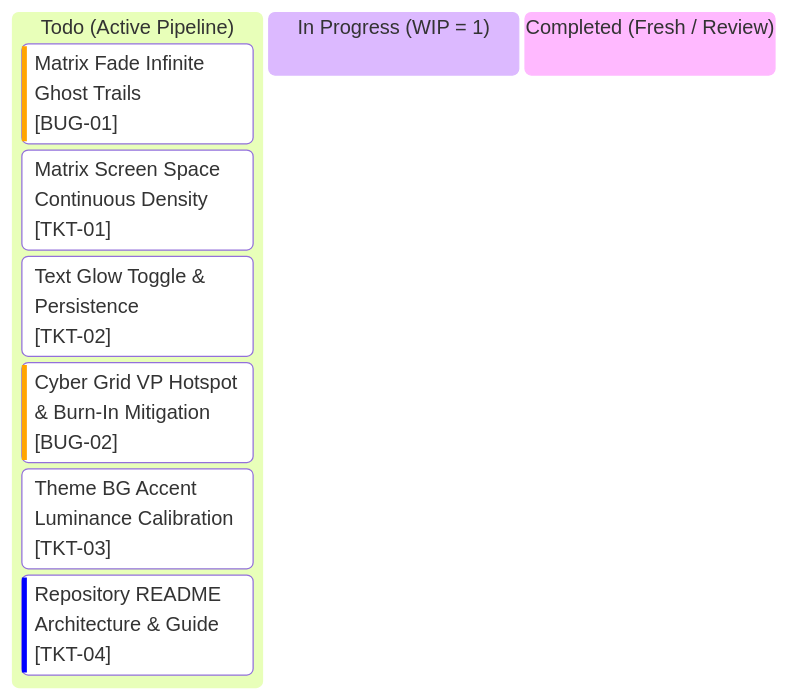
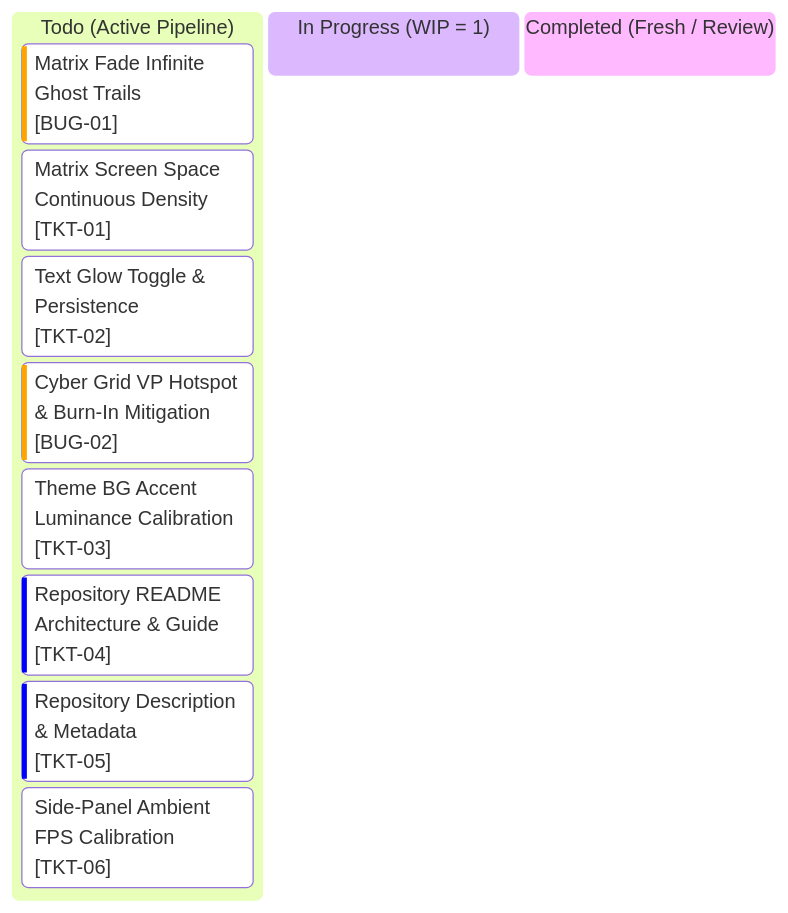
Before and after one commit to AlitheiaDeus/Clockity: the diagram in kanban.md, drawn with Mermaid. The commit also changed other lines of this file and 2 other files, not shown here.

Commit message:
chore(kanban): index TKT-05 repo description and TKT-06 fps calibration

````diff
--- a/kanban.md
+++ b/kanban.md
@@ -3,12 +3,14 @@
 ```mermaid
 kanban
   todo["Todo (Active Pipeline)"]
     bug01["Matrix Fade Infinite Ghost Trails"]@{ ticket: '[BUG-01]', priority: 'High' }
     tkt01["Matrix Screen Space Continuous Density"]@{ ticket: '[TKT-01]', priority: 'Medium' }
     tkt02["Text Glow Toggle & Persistence"]@{ ticket: '[TKT-02]', priority: 'Medium' }
     bug02["Cyber Grid VP Hotspot & Burn-In Mitigation"]@{ ticket: '[BUG-02]', priority: 'High' }
     tkt03["Theme BG Accent Luminance Calibration"]@{ ticket: '[TKT-03]', priority: 'Medium' }
     tkt04["Repository README Architecture & Guide"]@{ ticket: '[TKT-04]', priority: 'Low' }
+    tkt05["Repository Description & Metadata"]@{ ticket: '[TKT-05]', priority: 'Low' }
+    tkt06["Side-Panel Ambient FPS Calibration"]@{ ticket: '[TKT-06]', priority: 'Medium' }
   in_progress["In Progress (WIP = 1)"]
   completed["Completed (Fresh / Review)"]
 ```
````
